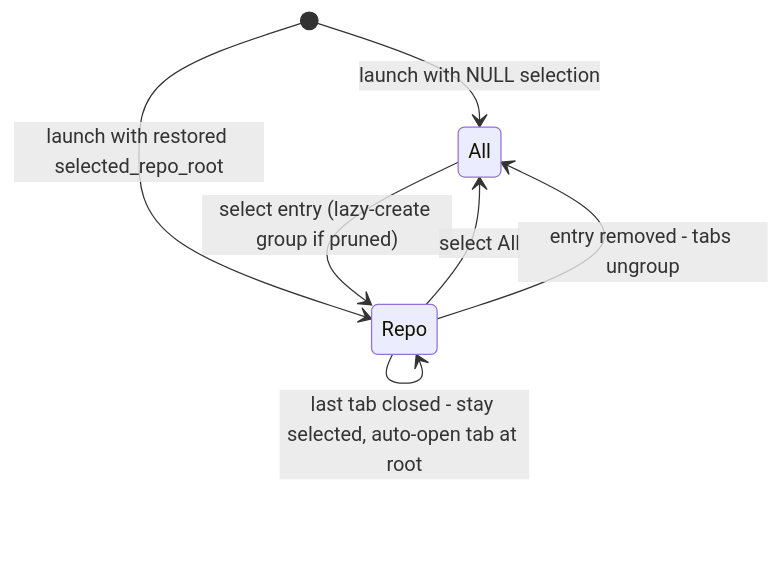
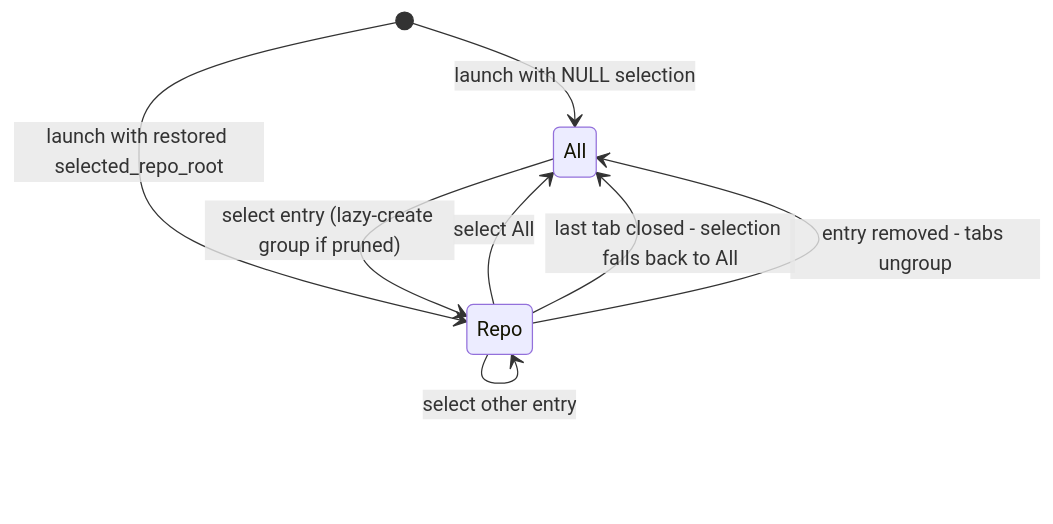
One commit to vinhnxv/warp changed the second of 3 diagrams in docs/plans/2026-07-19-001-feat-repo-mode-sidebar-plan.md. Above: the diagram before and after it, drawn with Mermaid. The commit also changed other lines of this file and 2 other files, not shown here.

First line of the commit message:
fix: drop R11 auto-reopen, keep window alive on last-tab close instead

````diff
--- a/docs/plans/2026-07-19-001-feat-repo-mode-sidebar-plan.md
+++ b/docs/plans/2026-07-19-001-feat-repo-mode-sidebar-plan.md
@@ -194,10 +194,10 @@
 ```mermaid
 stateDiagram-v2
   [*] --> All: launch with NULL selection
   [*] --> Repo: launch with restored selected_repo_root
   All --> Repo: select entry (lazy-create group if pruned)
   Repo --> All: select All
   Repo --> Repo: select other entry
-  Repo --> Repo: last tab closed - stay selected, auto-open tab at root
+  Repo --> All: last tab closed - selection falls back to All
   Repo --> All: entry removed - tabs ungroup
 ```
````
